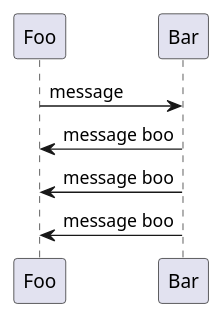
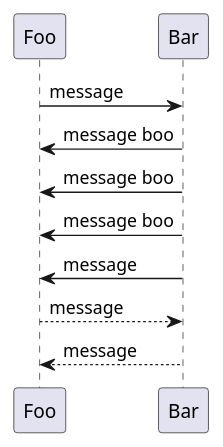
The diagram in test_calls.puml (zhvrnkov/plantuml-parser), drawn with PlantUML before and after one commit. The commit also changed 1 other file, not shown here.

```diff
--- a/test_calls.puml
+++ b/test_calls.puml
@@ -1,4 +1,7 @@
 Foo -> Bar : message
 Bar->Foo:message boo
 Bar->Foo: message boo
 Bar->Foo:message boo
+Foo <- Bar : message
+Foo --> Bar : message
+Foo <-- Bar : message
```
